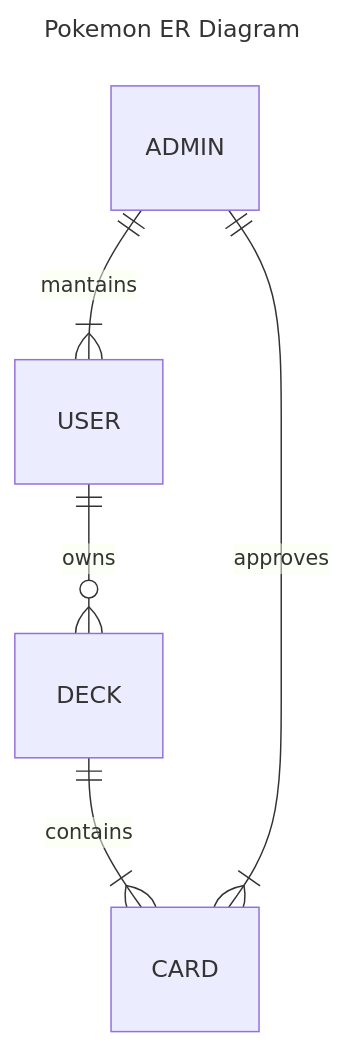
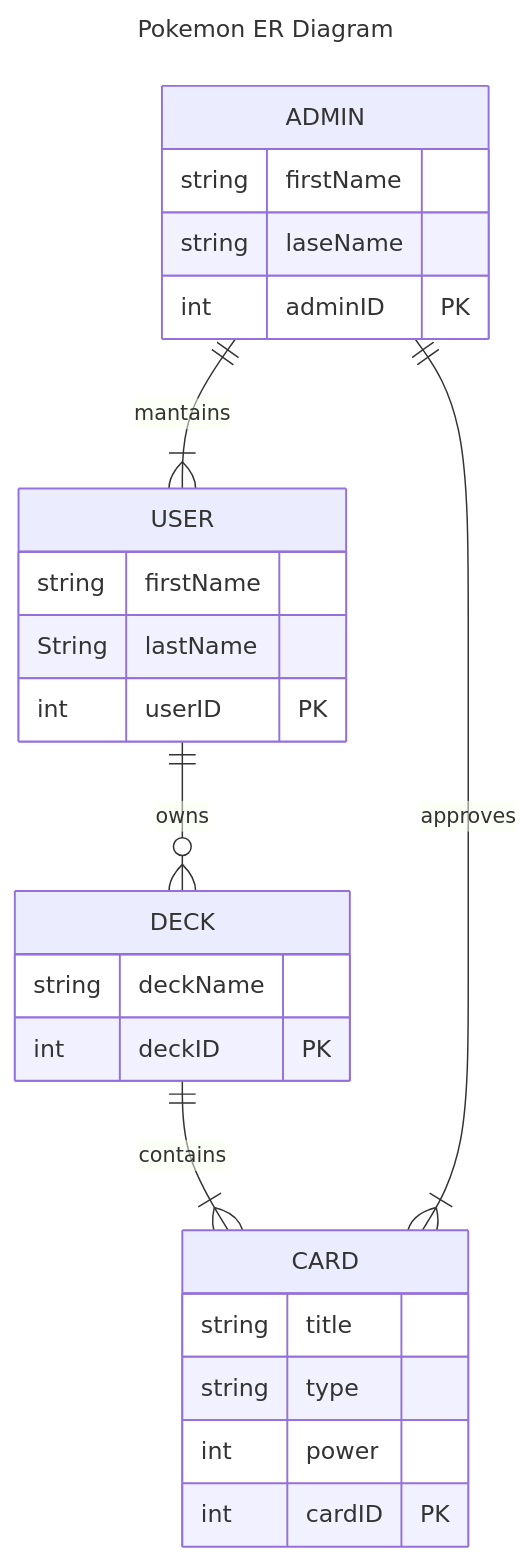
One commit to davwright3/git-practice-davidwright changed the diagram in Pokemon_Practice/README.md. Above: the diagram before and after it, drawn with Mermaid. The commit also changed other lines of this file, not shown here.

Commit message:
Update 2 ER Diagram
Finished basic ER diagram for Pokemon Web App.  Added classes for User, Deck, Card and Admins.

````diff
--- a/Pokemon_Practice/README.md
+++ b/Pokemon_Practice/README.md
@@ -3,14 +3,36 @@
 ```mermaid
 ---
 title: Pokemon ER Diagram
 ---
 
 %%ER Diagram for pokemon app
 erDiagram
   USER ||--o{ DECK : owns
+    USER{
+      string firstName
+      String lastName
+      int userID PK      
+    }
   CARD
+    CARD{
+      string title
+      string type
+      int power
+      int cardID PK
+    }
   DECK ||--|{ CARD : contains
+    DECK{
+      string deckName
+      int deckID PK      
+    }
   ADMIN ||--|{ CARD : approves
   ADMIN ||--|{ USER : mantains
+    ADMIN{
+      string firstName
+      string laseName
+      int adminID PK
+    }
+
+  
 
 ```
````
